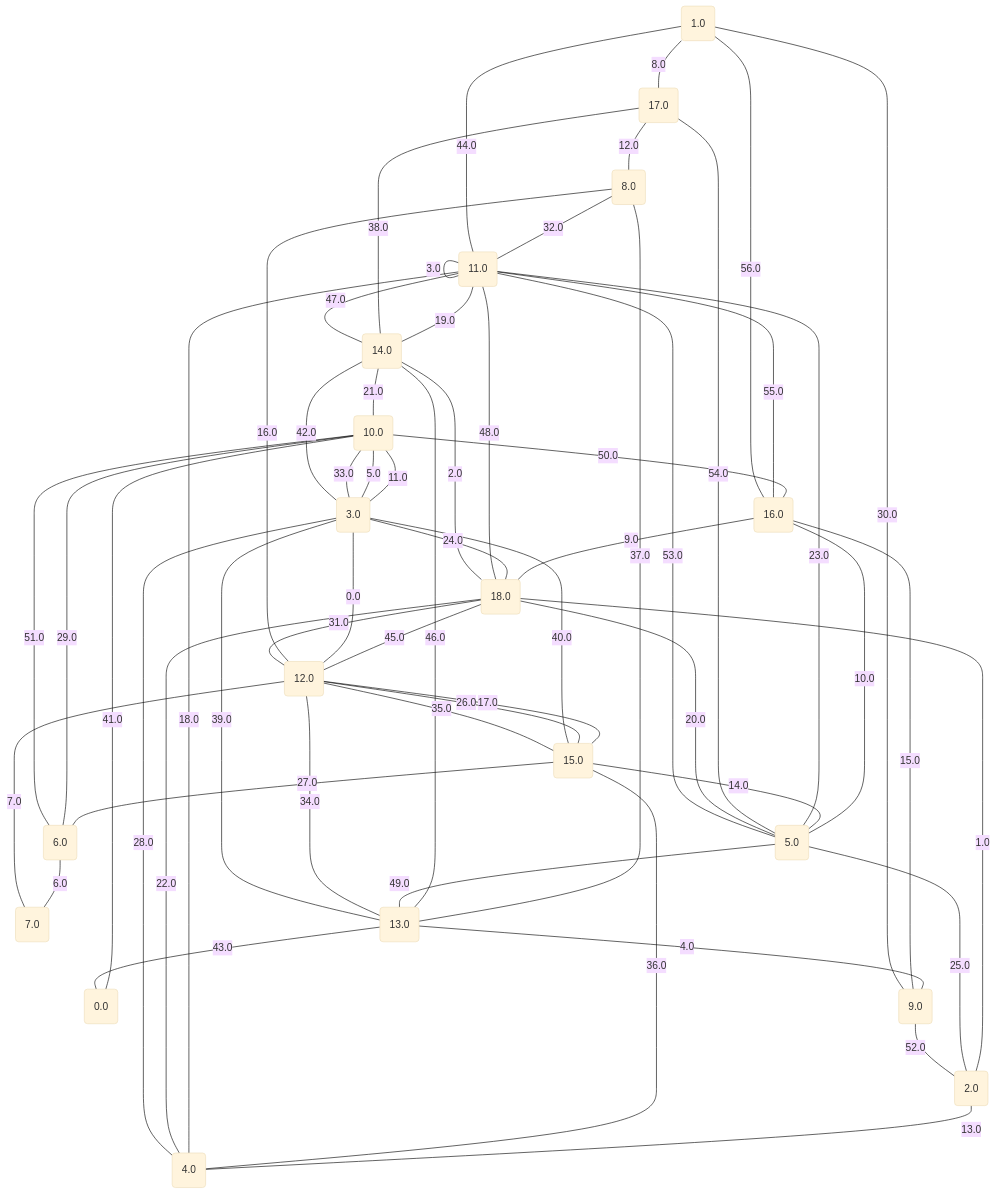
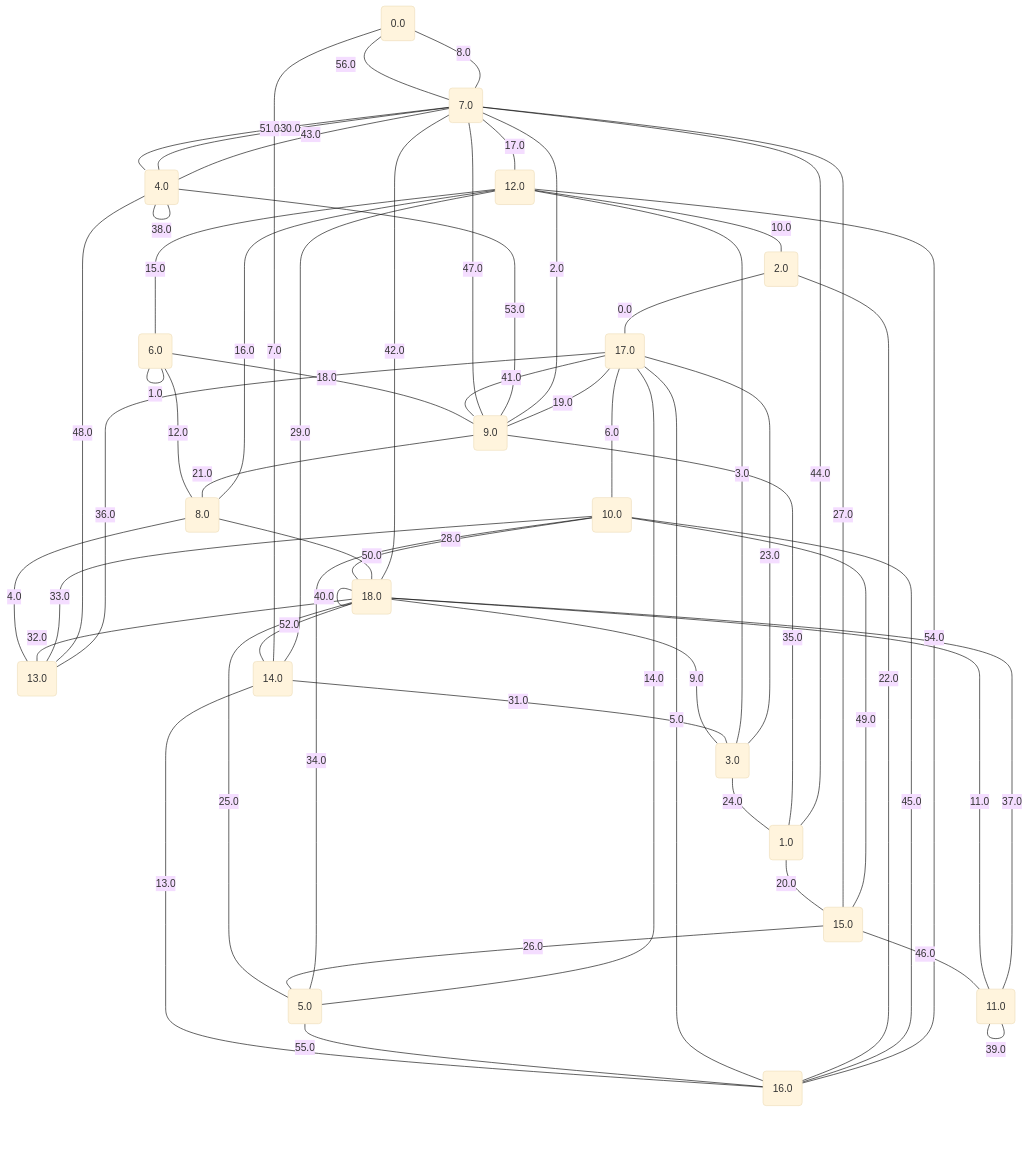
One commit to metury/graphs changed the diagram in project/src/testing/graphs/14.md. Above: the diagram before and after it, drawn with Mermaid (base theme). The commit also changed 27 other files, not shown here.

````diff
--- a/project/src/testing/graphs/14.md
+++ b/project/src/testing/graphs/14.md
@@ -1,79 +1,79 @@
 ```mermaid
 graph TD;
 0("0.0");
 1("1.0");
 2("2.0");
 3("3.0");
 4("4.0");
 5("5.0");
 6("6.0");
 7("7.0");
 8("8.0");
 9("9.0");
 10("10.0");
 11("11.0");
 12("12.0");
 13("13.0");
 14("14.0");
 15("15.0");
 16("16.0");
 17("17.0");
 18("18.0");
-	12 -- "0.0" --- 3;
-	18 -- "1.0" --- 2;
-	18 -- "2.0" --- 14;
-	11 -- "3.0" --- 11;
-	13 -- "4.0" --- 9;
-	3 -- "5.0" --- 10;
-	6 -- "6.0" --- 7;
-	7 -- "7.0" --- 12;
-	1 -- "8.0" --- 17;
-	16 -- "9.0" --- 18;
-	16 -- "10.0" --- 5;
-	10 -- "11.0" --- 3;
-	17 -- "12.0" --- 8;
-	2 -- "13.0" --- 4;
-	15 -- "14.0" --- 5;
-	16 -- "15.0" --- 9;
-	12 -- "16.0" --- 8;
-	12 -- "17.0" --- 15;
-	4 -- "18.0" --- 11;
-	11 -- "19.0" --- 14;
-	5 -- "20.0" --- 18;
-	14 -- "21.0" --- 10;
-	4 -- "22.0" --- 18;
-	11 -- "23.0" --- 5;
-	3 -- "24.0" --- 18;
-	5 -- "25.0" --- 2;
-	12 -- "26.0" --- 15;
-	15 -- "27.0" --- 6;
-	4 -- "28.0" --- 3;
-	6 -- "29.0" --- 10;
-	1 -- "30.0" --- 9;
-	12 -- "31.0" --- 18;
-	8 -- "32.0" --- 11;
-	3 -- "33.0" --- 10;
-	13 -- "34.0" --- 12;
-	15 -- "35.0" --- 12;
-	15 -- "36.0" --- 4;
-	8 -- "37.0" --- 13;
-	14 -- "38.0" --- 17;
-	13 -- "39.0" --- 3;
-	3 -- "40.0" --- 15;
-	10 -- "41.0" --- 0;
-	3 -- "42.0" --- 14;
-	13 -- "43.0" --- 0;
-	11 -- "44.0" --- 1;
-	18 -- "45.0" --- 12;
-	14 -- "46.0" --- 13;
-	14 -- "47.0" --- 11;
-	11 -- "48.0" --- 18;
-	5 -- "49.0" --- 13;
-	10 -- "50.0" --- 16;
-	6 -- "51.0" --- 10;
-	9 -- "52.0" --- 2;
-	5 -- "53.0" --- 11;
-	17 -- "54.0" --- 5;
-	16 -- "55.0" --- 11;
-	16 -- "56.0" --- 1;
+	2 -- "0.0" --- 17;
+	6 -- "1.0" --- 6;
+	9 -- "2.0" --- 7;
+	3 -- "3.0" --- 12;
+	8 -- "4.0" --- 13;
+	16 -- "5.0" --- 17;
+	17 -- "6.0" --- 10;
+	14 -- "7.0" --- 0;
+	7 -- "8.0" --- 0;
+	18 -- "9.0" --- 3;
+	12 -- "10.0" --- 2;
+	11 -- "11.0" --- 18;
+	6 -- "12.0" --- 8;
+	14 -- "13.0" --- 16;
+	5 -- "14.0" --- 17;
+	12 -- "15.0" --- 6;
+	8 -- "16.0" --- 12;
+	7 -- "17.0" --- 12;
+	6 -- "18.0" --- 9;
+	9 -- "19.0" --- 17;
+	1 -- "20.0" --- 15;
+	9 -- "21.0" --- 8;
+	16 -- "22.0" --- 2;
+	3 -- "23.0" --- 17;
+	3 -- "24.0" --- 1;
+	18 -- "25.0" --- 5;
+	15 -- "26.0" --- 5;
+	7 -- "27.0" --- 15;
+	10 -- "28.0" --- 18;
+	14 -- "29.0" --- 12;
+	4 -- "30.0" --- 7;
+	14 -- "31.0" --- 3;
+	18 -- "32.0" --- 13;
+	10 -- "33.0" --- 13;
+	10 -- "34.0" --- 5;
+	9 -- "35.0" --- 1;
+	13 -- "36.0" --- 17;
+	11 -- "37.0" --- 18;
+	4 -- "38.0" --- 4;
+	11 -- "39.0" --- 11;
+	18 -- "40.0" --- 18;
+	17 -- "41.0" --- 9;
+	18 -- "42.0" --- 7;
+	4 -- "43.0" --- 7;
+	7 -- "44.0" --- 1;
+	16 -- "45.0" --- 10;
+	15 -- "46.0" --- 11;
+	7 -- "47.0" --- 9;
+	4 -- "48.0" --- 13;
+	15 -- "49.0" --- 10;
+	8 -- "50.0" --- 18;
+	7 -- "51.0" --- 4;
+	18 -- "52.0" --- 14;
+	4 -- "53.0" --- 9;
+	16 -- "54.0" --- 12;
+	5 -- "55.0" --- 16;
+	0 -- "56.0" --- 7;
 ```
````
